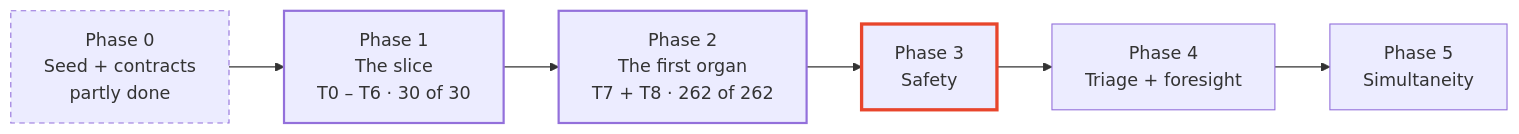
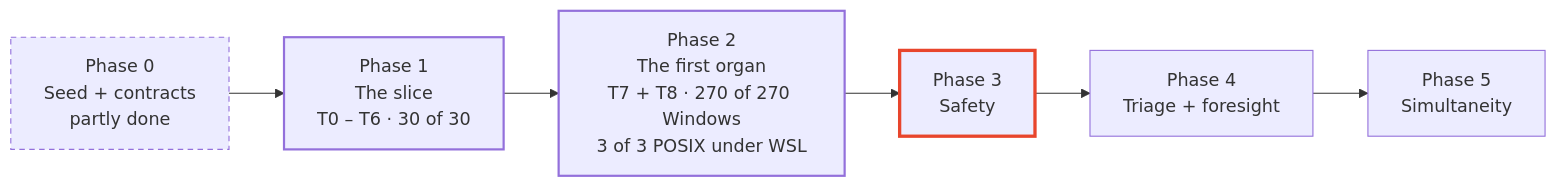
The first of 4 diagrams in README.md (JosephOIbrahim/Plexus), drawn with Mermaid before and after one commit. The commit also changed other lines of this file and 1 other file, not shown here.

First line of the commit message:
readme: alpha.12 is the latest release, organ-spawn is the unreleased alpha.13 candidate, 303 acceptance cases (30, 270 on Windows, 3 POSIX under WSL)

````diff
--- a/README.md
+++ b/README.md
@@ -51,13 +51,13 @@
 ```mermaid
 flowchart LR
     P0["Phase 0<br/>Seed + contracts<br/>partly done"]:::part
     P1["Phase 1<br/>The slice<br/>T0 – T6 · 30 of 30"]:::done
-    P2["Phase 2<br/>The first organ<br/>T7 + T8 · 262 of 262"]:::done
+    P2["Phase 2<br/>The first organ<br/>T7 + T8 · 270 of 270 Windows<br/>3 of 3 POSIX under WSL"]:::done
     P3["Phase 3<br/>Safety"]:::next
     P4["Phase 4<br/>Triage + foresight"]
     P5["Phase 5<br/>Simultaneity"]
     P0 --> P1 --> P2 --> P3 --> P4 --> P5
     classDef done stroke-width:2px
     classDef part stroke-dasharray:5 4
     classDef next stroke:#E8452C,stroke-width:3px
 ```
````
